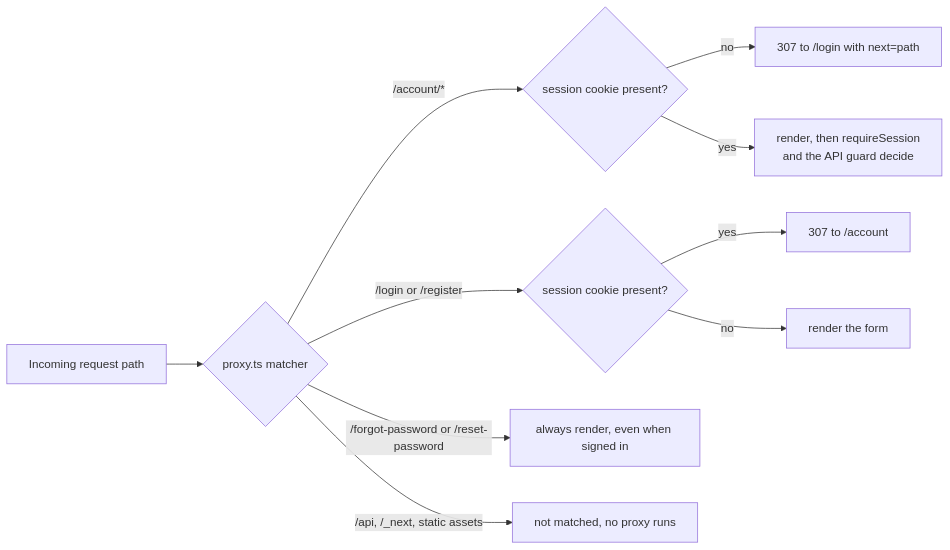
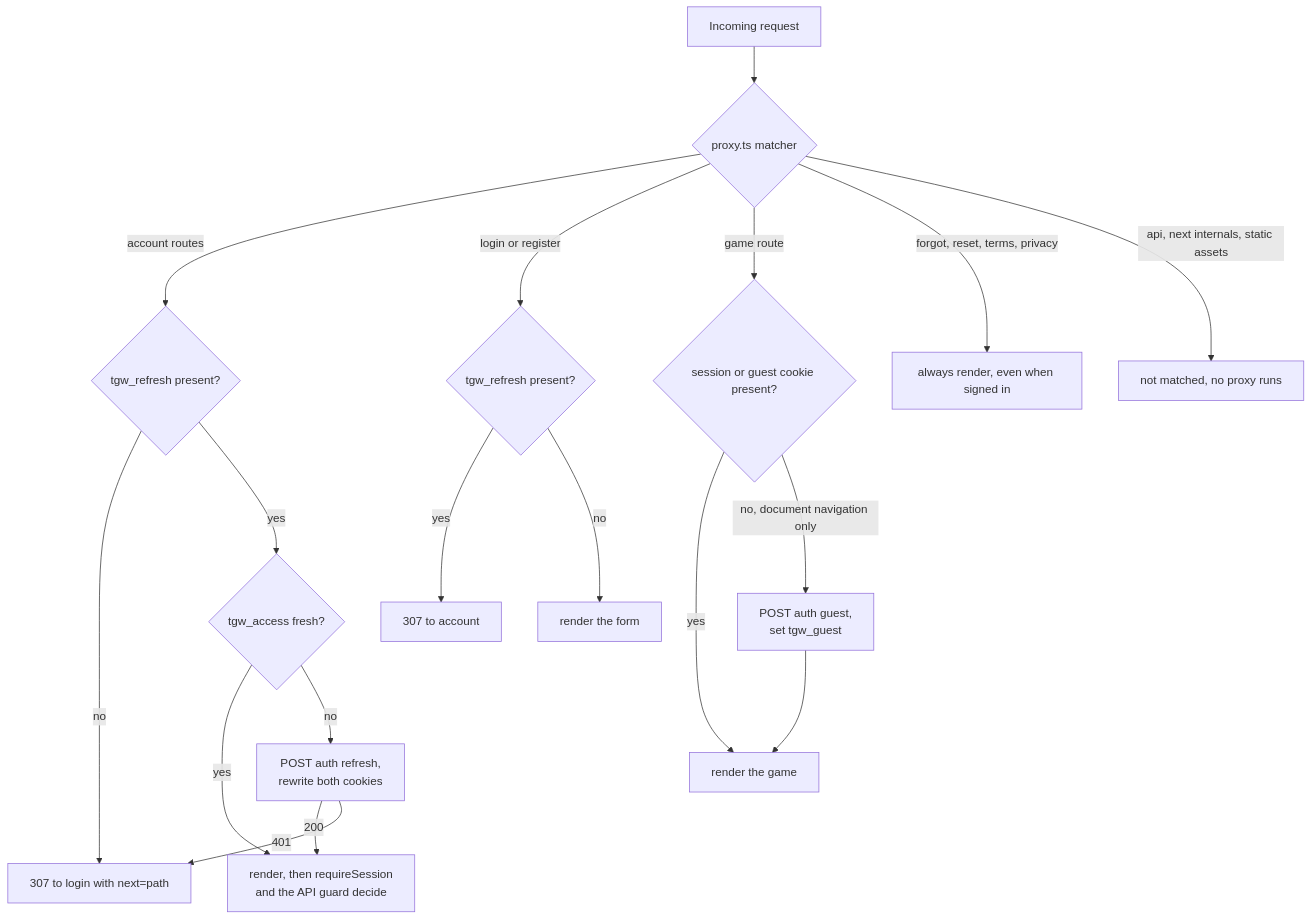
The eighth of 8 diagrams in spec/features/001-authentication-and-users.md (gBoole01/sdd-typing-game), drawn with Mermaid before and after one commit. The commit also changed other lines of this file and 5 other files, not shown here.

````diff
--- a/spec/features/001-authentication-and-users.md
+++ b/spec/features/001-authentication-and-users.md
@@ -798,12 +1140,20 @@
 ```mermaid
-flowchart LR
-    R["Incoming request path"] --> M{"proxy.ts matcher"}
-    M -->|"/account/*"| C1{"session cookie present?"}
-    C1 -->|"no"| RD1["307 to /login with next=path"]
-    C1 -->|"yes"| OK1["render, then requireSession<br/>and the API guard decide"]
-    M -->|"/login or /register"| C2{"session cookie present?"}
-    C2 -->|"yes"| RD2["307 to /account"]
+flowchart TD
+    R["Incoming request"] --> M{"proxy.ts matcher"}
+    M -->|"account routes"| C1{"tgw_refresh present?"}
+    C1 -->|"no"| RD1["307 to login with next=path"]
+    C1 -->|"yes"| RF{"tgw_access fresh?"}
+    RF -->|"yes"| OK1["render, then requireSession<br/>and the API guard decide"]
+    RF -->|"no"| REF["POST auth refresh,<br/>rewrite both cookies"]
+    REF -->|"200"| OK1
+    REF -->|"401"| RD1
+    M -->|"login or register"| C2{"tgw_refresh present?"}
+    C2 -->|"yes"| RD2["307 to account"]
     C2 -->|"no"| OK2["render the form"]
-    M -->|"/forgot-password or /reset-password"| OK3["always render, even when signed in"]
-    M -->|"/api, /_next, static assets"| SKIP["not matched, no proxy runs"]
+    M -->|"game route"| C3{"session or guest cookie present?"}
+    C3 -->|"yes"| OK3["render the game"]
+    C3 -->|"no, document navigation only"| GI["POST auth guest,<br/>set tgw_guest"]
+    GI --> OK3
+    M -->|"forgot, reset, terms, privacy"| OK4["always render, even when signed in"]
+    M -->|"api, next internals, static assets"| SKIP["not matched, no proxy runs"]
 ```
````
